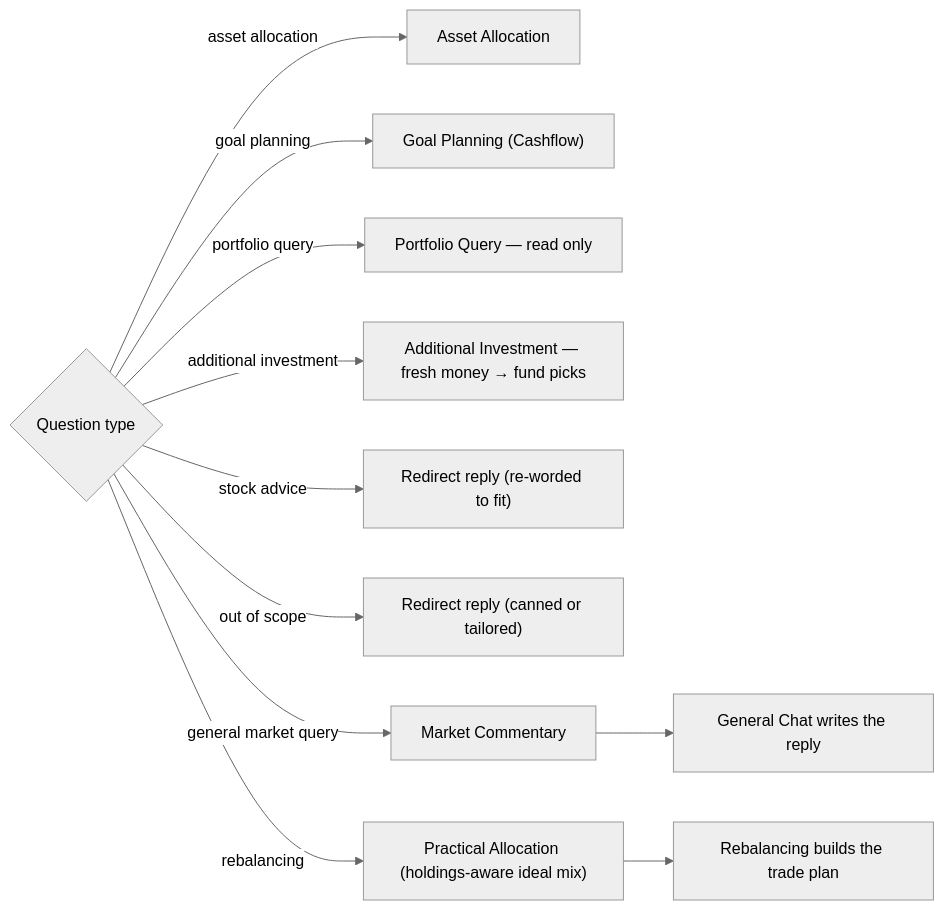
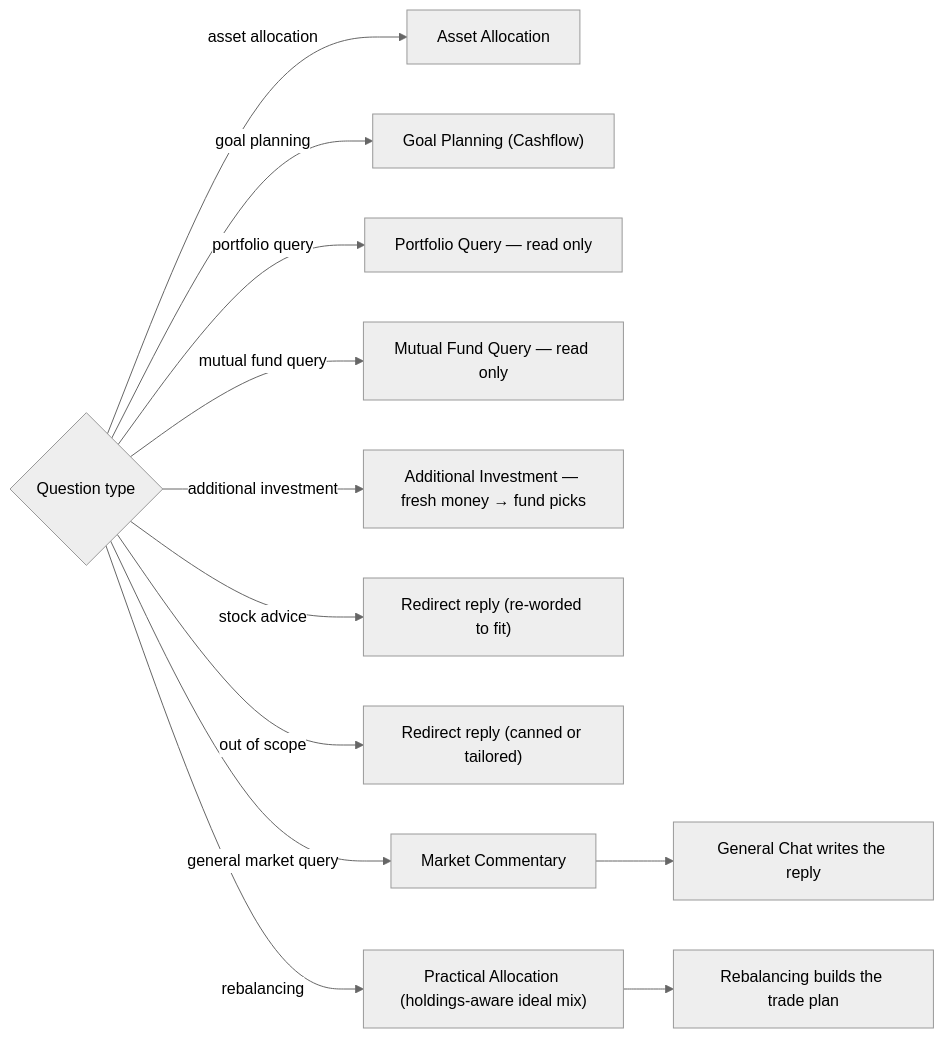
One commit to tilly5317-lab/Prozpr_Backend changed the second of 5 diagrams in AI_Agents/Reference_docs/Tech_reference_docs/CHAT_FLOW.md. Above: the diagram before and after it, drawn with Mermaid (neutral theme). The commit also changed other lines of this file and 29 other files, not shown here.

First line of the commit message:
Docs: mutual_fund_query, streaming, tools_needed

````diff
--- a/AI_Agents/Reference_docs/Tech_reference_docs/CHAT_FLOW.md
+++ b/AI_Agents/Reference_docs/Tech_reference_docs/CHAT_FLOW.md
@@ -80,14 +84,15 @@
 ```mermaid
 flowchart LR
     IC{"Question type"}
 
     IC -->|asset allocation| F1["Asset Allocation"]
     IC -->|goal planning| F2["Goal Planning (Cashflow)"]
     IC -->|portfolio query| F3["Portfolio Query — read only"]
+    IC -->|mutual fund query| F7["Mutual Fund Query — read only"]
     IC -->|additional investment| F6["Additional Investment — fresh money → fund picks"]
     IC -->|stock advice| F4["Redirect reply (re-worded to fit)"]
     IC -->|out of scope| F5["Redirect reply (canned or tailored)"]
 
     IC -->|general market query| M1["Market Commentary"] --> M2["General Chat writes the reply"]
     IC -->|rebalancing| R1["Practical Allocation (holdings-aware ideal mix)"] --> R2["Rebalancing builds the trade plan"]
 ```
````
